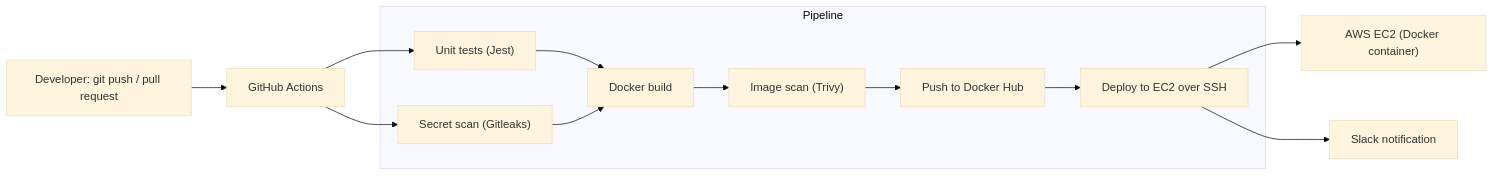
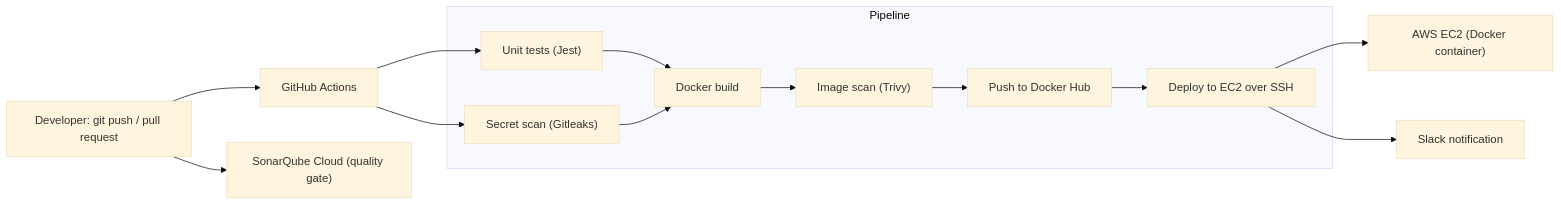
The diagram in README.md (Azeem1221/devsecops-demo), drawn with Mermaid (base theme) before and after one commit. The commit also changed other lines of this file, not shown here.

First line of the commit message:
docs: update README with SonarQube Cloud, SHA pinning and deploy switch

````diff
--- a/README.md
+++ b/README.md
@@ -13,17 +13,18 @@
 ```mermaid
 flowchart LR
     Dev["Developer: git push / pull request"] --> GH["GitHub Actions"]
+    Dev --> S["SonarQube Cloud (quality gate)"]
 
     subgraph Pipeline
         T["Unit tests (Jest)"] --> B["Docker build"]
         G["Secret scan (Gitleaks)"] --> B
         B --> TR["Image scan (Trivy)"]
         TR --> P["Push to Docker Hub"]
         P --> D["Deploy to EC2 over SSH"]
     end
 
     GH --> T
     GH --> G
     D --> EC2["AWS EC2 (Docker container)"]
     D --> N["Slack notification"]
 ```
````
